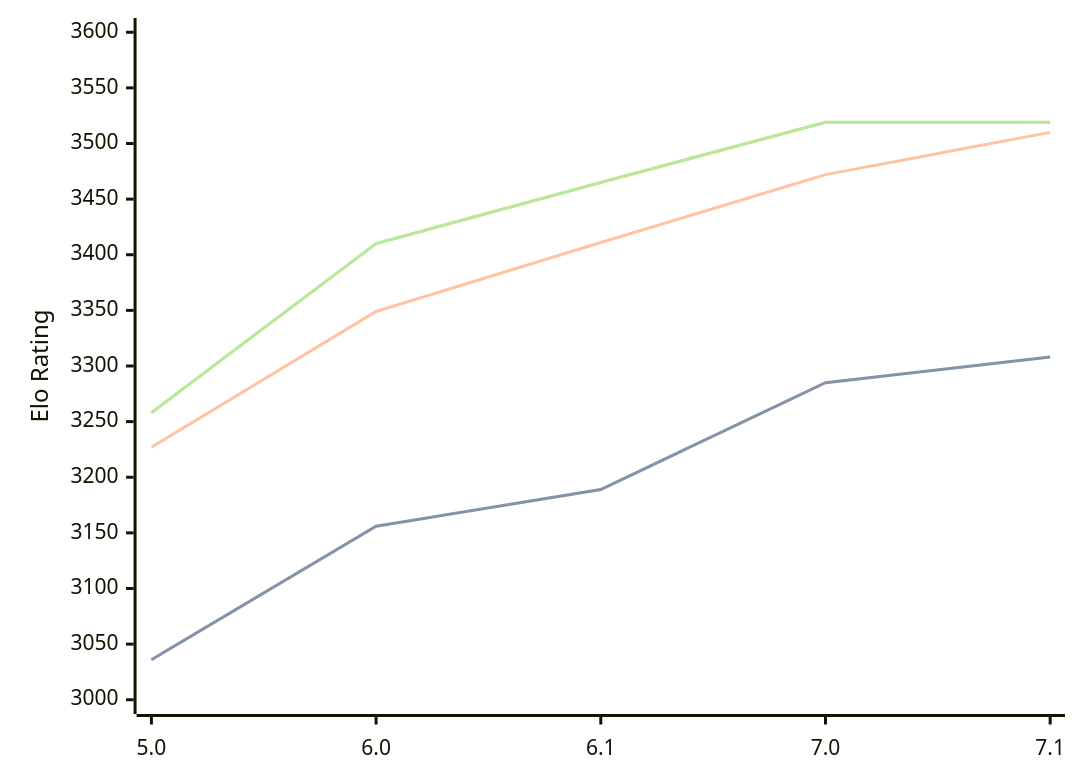
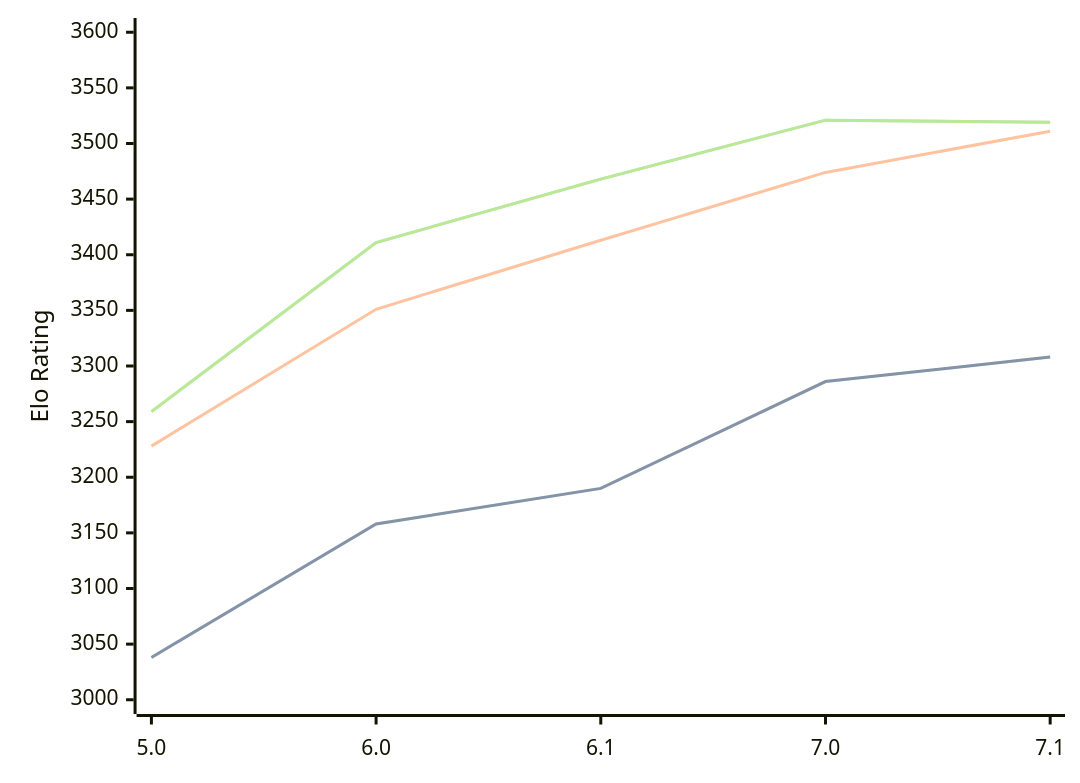
One commit to computer-chess-index/cci changed the diagram in engines/PZChessBot.md. Above: the diagram before and after it, drawn with Mermaid. The commit also changed other lines of this file, not shown here.

Commit message:
Update CCI Ratings (ELO VLTC) - 2026-08-09

````diff
--- a/engines/PZChessBot.md
+++ b/engines/PZChessBot.md
@@ -35,11 +35,11 @@
 ```mermaid
 %%{init: {"theme":"base","themeVariables":{"seriesColors:['#a3a3a3','#222221','#faa371']}}}%%
 xychart-beta
   x-axis ["5.0", "6.0", "6.1", "7.0", "7.1"]
   y-axis "Elo Rating" 3000 --> 3600
-  line "STC (8.0+0.08s)" [3036, 3156, 3189, 3285, 3308]
-  line "STC (8.0+0.08s)" [3036, 3156, 3189, 3285, 3308]
-  line "LTC (60.0+0.60s)" [3227, 3349, 3411, 3472, 3510]
-  line "VLTC (2m24s+1.12s)" [3258, 3410, 3465, 3519, 3519]
-  line "VLTC (2m24s+1.12s)" [3258, 3410, 3465, 3519, 3519]
+  line "STC (8.0+0.08s)" [3038, 3158, 3190, 3286, 3308]
+  line "STC (8.0+0.08s)" [3038, 3158, 3190, 3286, 3308]
+  line "LTC (60.0+0.60s)" [3228, 3351, 3413, 3474, 3511]
+  line "VLTC (2m24s+1.12s)" [3259, 3411, 3468, 3521, 3519]
+  line "VLTC (2m24s+1.12s)" [3259, 3411, 3468, 3521, 3519]
 ```
````
